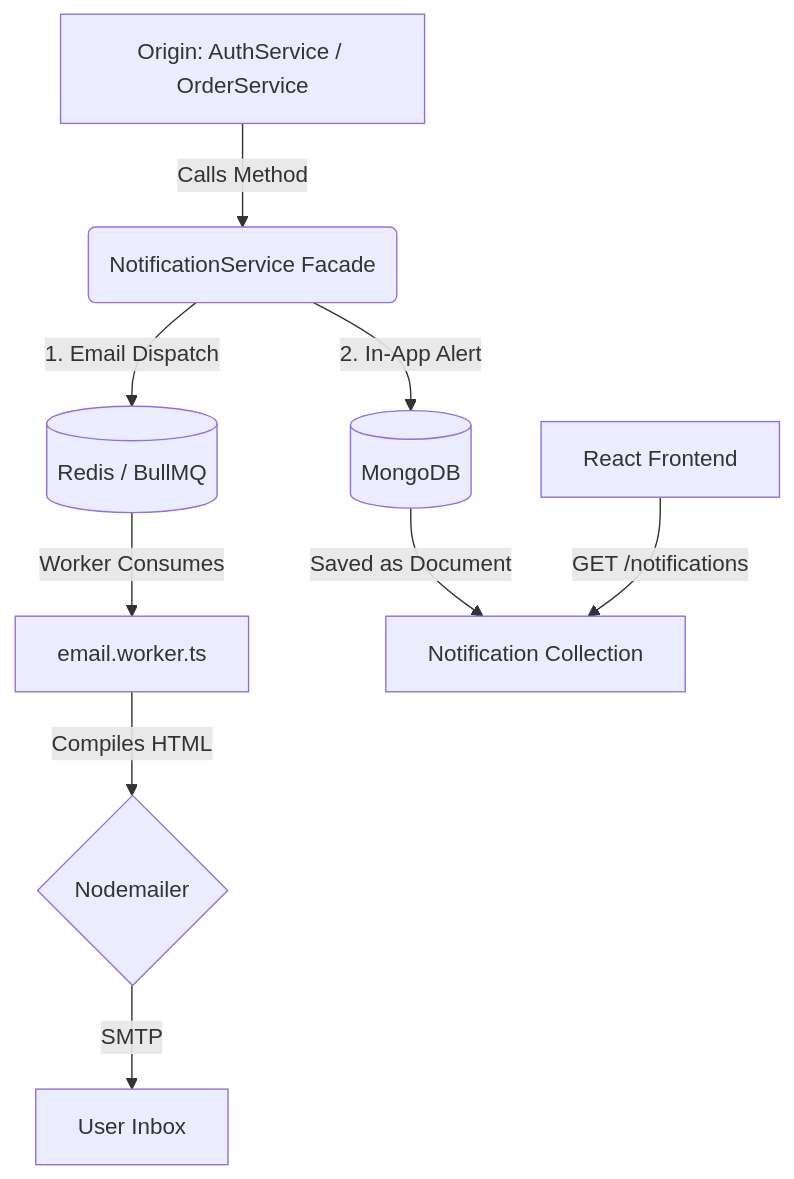
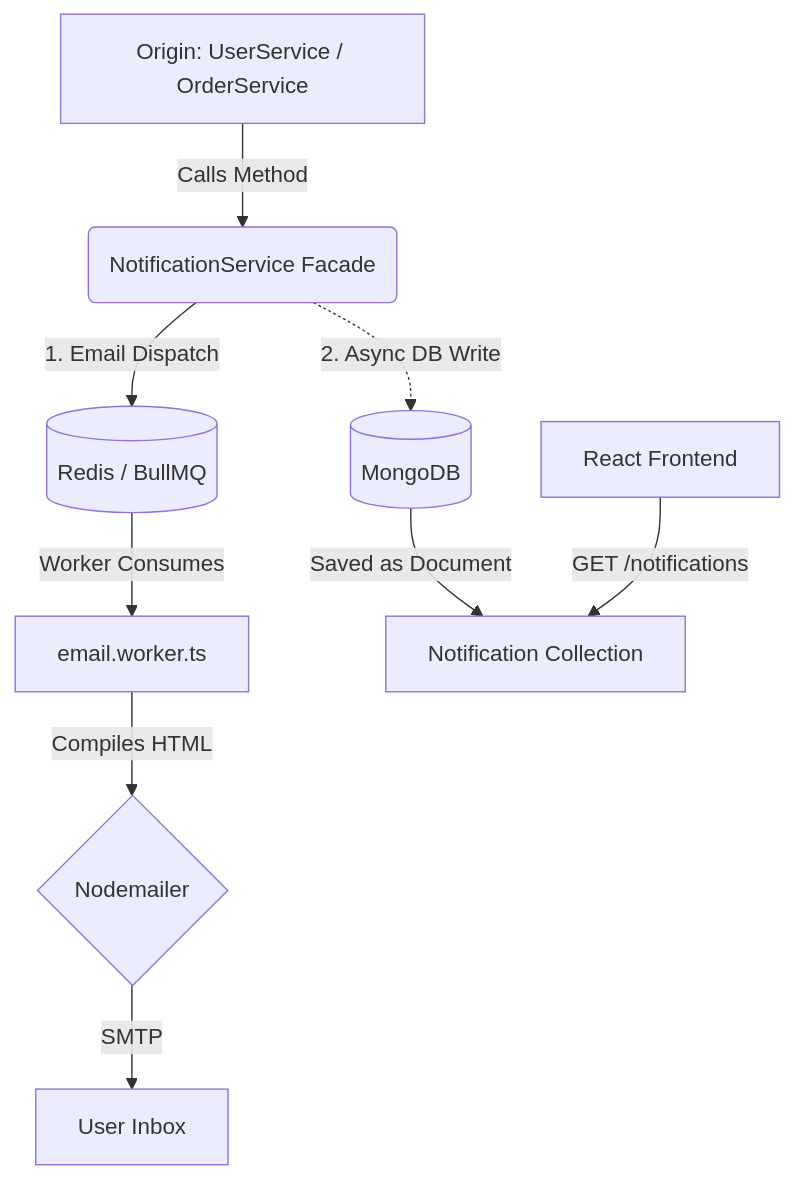
The diagram in docs/modules/notification-module.md (Afzal14786/reshma-core), drawn with Mermaid before and after one commit. The commit also changed other lines of this file and 18 other files, not shown here.

First line of the commit message:
feat(users, notifications): implement embedded logistics, step-up auth, and async alerts

````diff
--- a/docs/modules/notification-module.md
+++ b/docs/modules/notification-module.md
@@ -27,13 +30,13 @@
 ```mermaid
 graph TD
-    A[Origin: AuthService / OrderService] -->|Calls Method| B(NotificationService Facade)
+    A[Origin: UserService / OrderService] -->|Calls Method| B(NotificationService Facade)
     
     B -->|1. Email Dispatch| C[(Redis / BullMQ)]
     C -->|Worker Consumes| D[email.worker.ts]
     D -->|Compiles HTML| E{Nodemailer}
     E -->|SMTP| F[User Inbox]
 
-    B -->|2. In-App Alert| G[(MongoDB)]
+    B -.->|2. Async DB Write| G[(MongoDB)]
     G -->|Saved as Document| H[Notification Collection]
     I[React Frontend] -->|GET /notifications| H
 ```  
````
